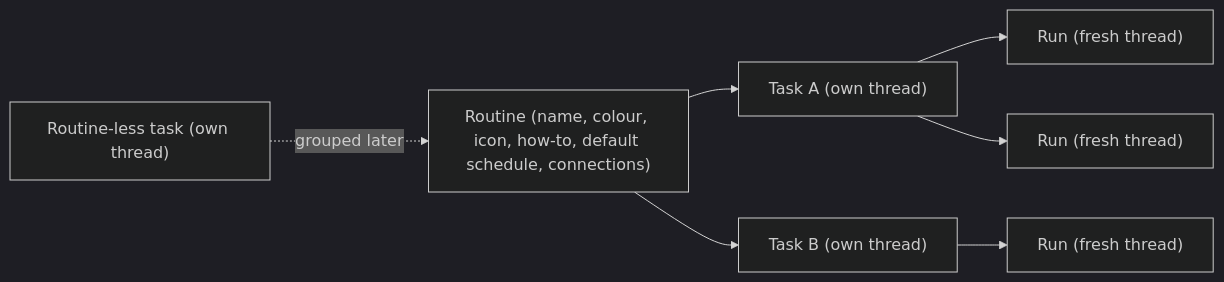
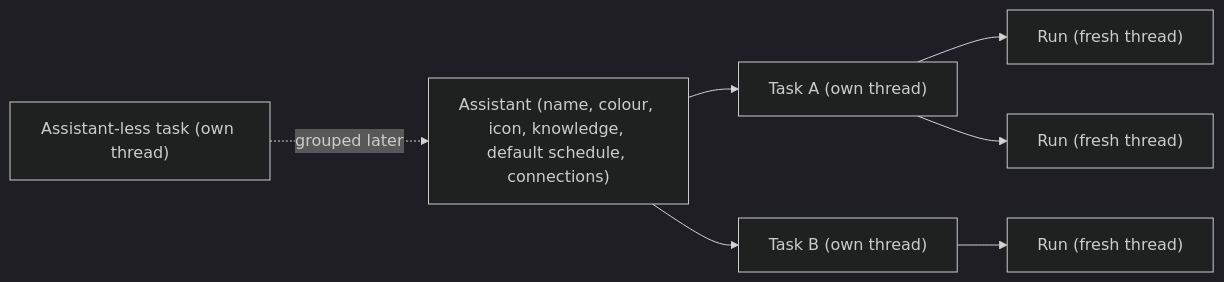
One commit to pillardash-oss/codeinoven changed the diagram in docs/ASSISTANT-VIEW.md. Above: the diagram before and after it, drawn with Mermaid (dark theme). The commit also changed other lines of this file and 200 other files, not shown here.

First line of the commit message:
deepseek-v4.1-flash (refactor): call a routine an assistant everywhere

````diff
--- a/docs/ASSISTANT-VIEW.md
+++ b/docs/ASSISTANT-VIEW.md
@@ -10,9 +10,9 @@
 ```mermaid
 flowchart LR
-  R["Routine (name, colour, icon, how-to, default schedule, connections)"] --> T1["Task A (own thread)"]
+  R["Assistant (name, colour, icon, knowledge, default schedule, connections)"] --> T1["Task A (own thread)"]
   R --> T2["Task B (own thread)"]
   T1 --> RA["Run (fresh thread)"]
   T1 --> RB["Run (fresh thread)"]
   T2 --> RC["Run (fresh thread)"]
-  F["Routine-less task (own thread)"] -.->|"grouped later"| R
+  F["Assistant-less task (own thread)"] -.->|"grouped later"| R
 ```
````
